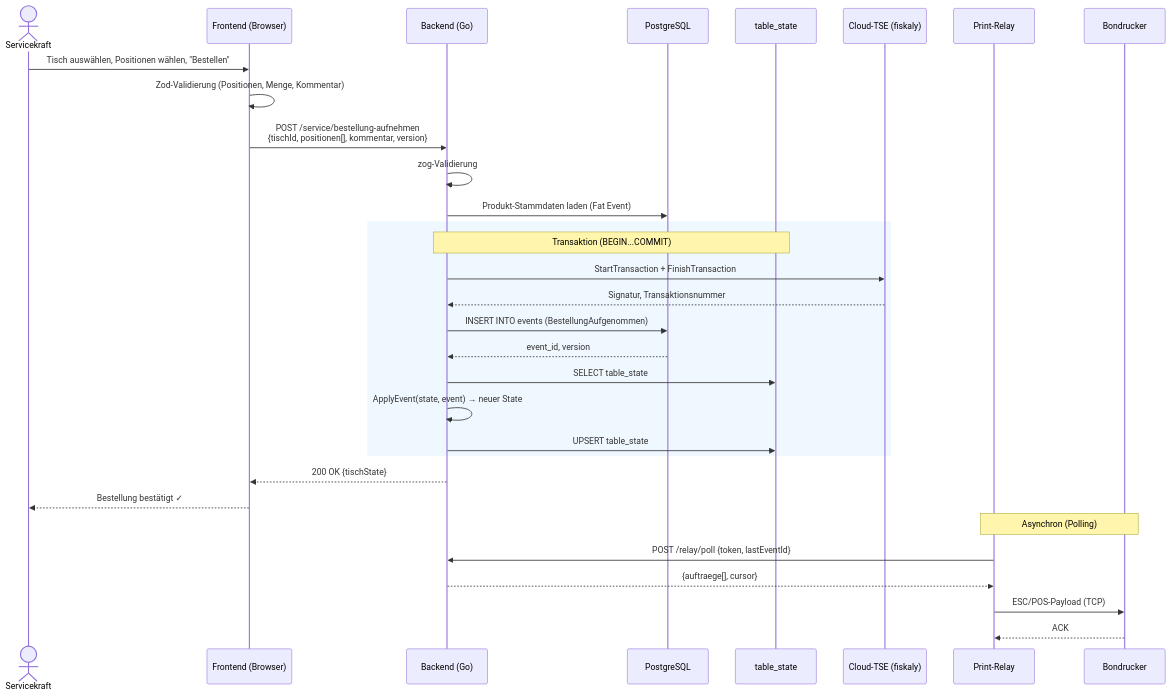
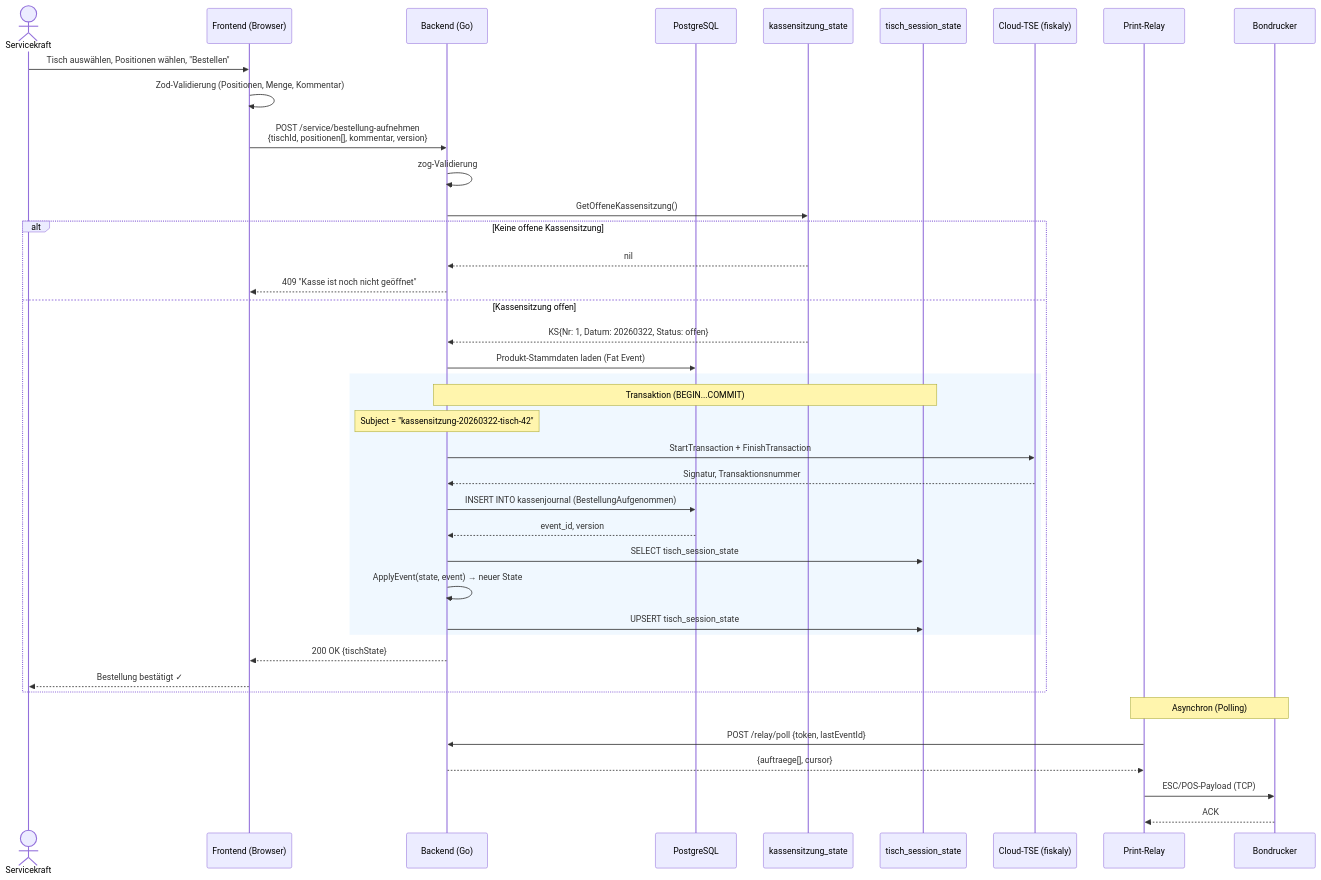
Before and after one commit to nicograef/jotti: the seventh of 19 diagrams in docs/diagrams.md, drawn with Mermaid. The commit also changed other lines of this file and 16 other files, not shown here.

````diff
--- a/docs/diagrams.md
+++ b/docs/diagrams.md
@@ -210,37 +233,47 @@
 ```mermaid
 sequenceDiagram
     actor SK as Servicekraft
     participant FE as Frontend (Browser)
     participant BE as Backend (Go)
     participant DB as PostgreSQL
-    participant TS as table_state
+    participant KSP as kassensitzung_state
+    participant TSS as tisch_session_state
     participant TSE as Cloud-TSE (fiskaly)
     participant Relay as Print-Relay
     participant Drucker as Bondrucker
 
     SK->>FE: Tisch auswählen, Positionen wählen, "Bestellen"
     FE->>FE: Zod-Validierung (Positionen, Menge, Kommentar)
     FE->>BE: POST /service/bestellung-aufnehmen<br/>{tischId, positionen[], kommentar, version}
     BE->>BE: zog-Validierung
-    BE->>DB: Produkt-Stammdaten laden (Fat Event)
+    BE->>KSP: GetOffeneKassensitzung()
 
-    rect rgb(240, 248, 255)
-        Note over BE,TS: Transaktion (BEGIN...COMMIT)
-        BE->>TSE: StartTransaction + FinishTransaction
-        TSE-->>BE: Signatur, Transaktionsnummer
-        BE->>DB: INSERT INTO events (BestellungAufgenommen)
-        DB-->>BE: event_id, version
-        BE->>TS: SELECT table_state
-        BE->>BE: ApplyEvent(state, event) → neuer State
-        BE->>TS: UPSERT table_state
+    alt Keine offene Kassensitzung
+        KSP-->>BE: nil
+        BE-->>FE: 409 "Kasse ist noch nicht geöffnet"
+    else Kassensitzung offen
+        KSP-->>BE: KS{Nr: 1, Datum: 20260322, Status: offen}
+        BE->>DB: Produkt-Stammdaten laden (Fat Event)
+
+        rect rgb(240, 248, 255)
+            Note over BE,TSS: Transaktion (BEGIN...COMMIT)
+            Note over BE: Subject = "kassensitzung-20260322-tisch-42"
+            BE->>TSE: StartTransaction + FinishTransaction
+            TSE-->>BE: Signatur, Transaktionsnummer
+            BE->>DB: INSERT INTO kassenjournal (BestellungAufgenommen)
+            DB-->>BE: event_id, version
+            BE->>TSS: SELECT tisch_session_state
+            BE->>BE: ApplyEvent(state, event) → neuer State
+            BE->>TSS: UPSERT tisch_session_state
+        end
+
+        BE-->>FE: 200 OK {tischState}
+        FE-->>SK: Bestellung bestätigt ✓
     end
-
-    BE-->>FE: 200 OK {tischState}
-    FE-->>SK: Bestellung bestätigt ✓
 
     Note over Relay,Drucker: Asynchron (Polling)
     Relay->>BE: POST /relay/poll {token, lastEventId}
     BE-->>Relay: {auftraege[], cursor}
     Relay->>Drucker: ESC/POS-Payload (TCP)
     Drucker-->>Relay: ACK
 ```
````
